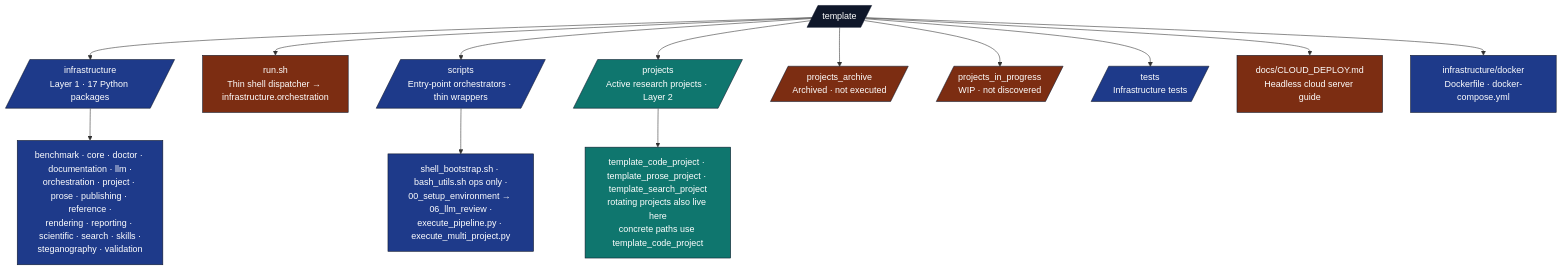
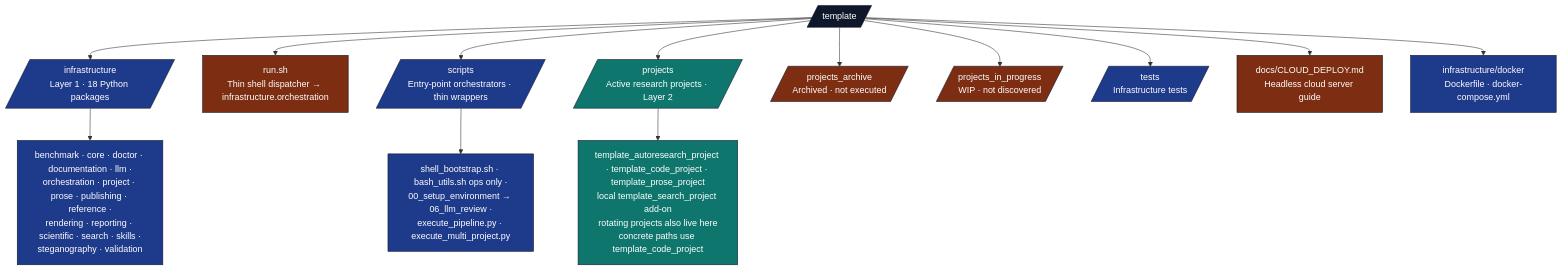
One commit to docxology/template changed the diagram in docs/PAI.md. Above: the diagram before and after it, drawn with Mermaid. The commit also changed other lines of this file and 317 other files, not shown here.

Commit message:
Publish autoresearch exemplar and project guards

````diff
--- a/docs/PAI.md
+++ b/docs/PAI.md
@@ -69,28 +69,28 @@
 ```mermaid
 flowchart TB
     ROOT[/template/]
-    ROOT --> INFRA[/infrastructure<br/>Layer 1 · 17 Python packages/]
+    ROOT --> INFRA[/infrastructure<br/>Layer 1 · 18 Python packages/]
     ROOT --> RUN[run.sh<br/>Thin shell dispatcher → infrastructure.orchestration]
     ROOT --> SCR[/scripts<br/>Entry-point orchestrators · thin wrappers/]
     ROOT --> PROJ[/projects<br/>Active research projects · Layer 2/]
     ROOT --> ARCH[/projects_archive<br/>Archived · not executed/]
     ROOT --> WIP[/projects_in_progress<br/>WIP · not discovered/]
     ROOT --> T[/tests<br/>Infrastructure tests/]
     ROOT --> DOCS[docs/CLOUD_DEPLOY.md<br/>Headless cloud server guide]
     ROOT --> DOCKER[infrastructure/docker<br/>Dockerfile · docker-compose.yml]
 
     INFRA --> INFRA_PKGS[benchmark · core · doctor · documentation · llm ·<br/>orchestration · project · prose · publishing · reference ·<br/>rendering · reporting · scientific · search · skills ·<br/>steganography · validation]
 
     SCR --> SCR_FILES[shell_bootstrap.sh · bash_utils.sh ops only ·<br/>00_setup_environment → 06_llm_review ·<br/>execute_pipeline.py · execute_multi_project.py]
 
-    PROJ --> PROJ_F["template_code_project · template_prose_project · template_search_project<br/>rotating projects also live here<br/>concrete paths use template_code_project"]
+    PROJ --> PROJ_F["template_autoresearch_project · template_code_project · template_prose_project<br/>local template_search_project add-on<br/>rotating projects also live here<br/>concrete paths use template_code_project"]
 
     classDef root fill:#0f172a,stroke:#0f172a,color:#fff
     classDef l1 fill:#1e3a8a,stroke:#0f172a,color:#fff
     classDef l2 fill:#0f766e,stroke:#0f172a,color:#fff
     classDef gen fill:#7c2d12,stroke:#0f172a,color:#fff
     class ROOT root
     class INFRA,SCR,T,DOCKER,INFRA_PKGS,SCR_FILES l1
     class PROJ,PROJ_F l2
     class ARCH,WIP,DOCS,RUN gen
 ```
````
